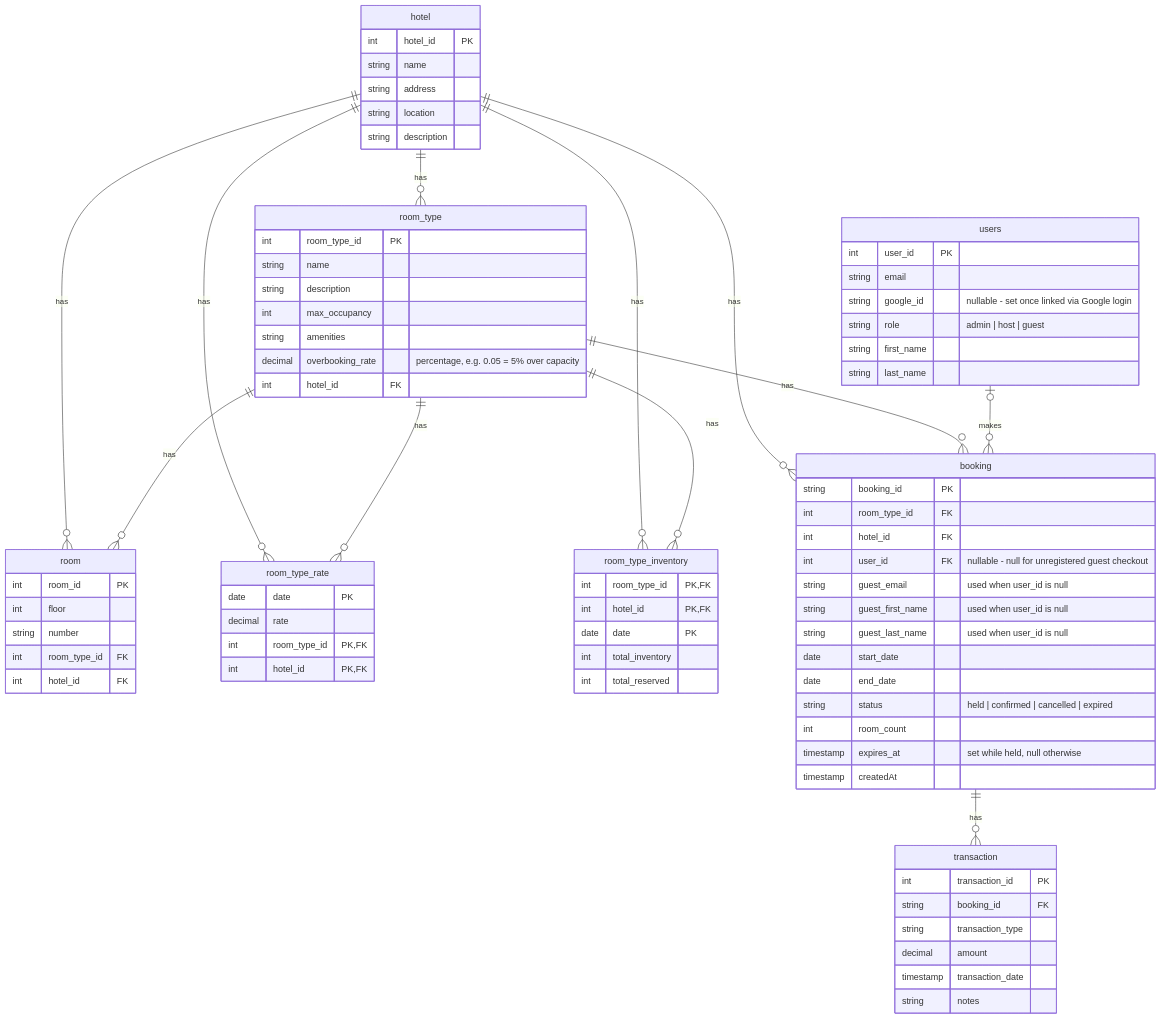
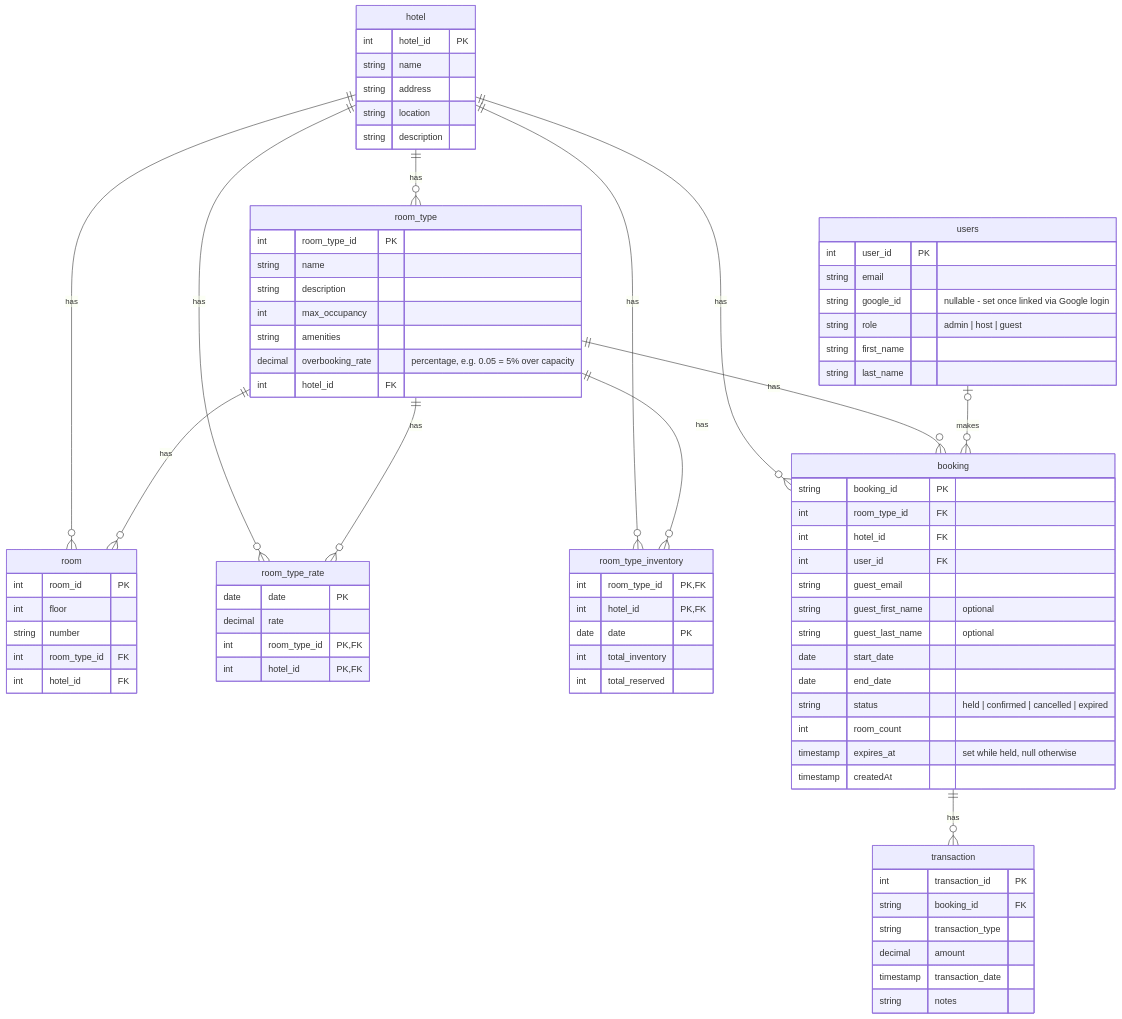
The diagram in docs/architecture/data-models.md (dreiv/booking), drawn with Mermaid before and after one commit. The commit also changed other lines of this file and 16 other files, not shown here.

```diff
--- a/docs/architecture/data-models.md
+++ b/docs/architecture/data-models.md
@@ -58,10 +58,10 @@
         string booking_id PK
         int room_type_id FK
         int hotel_id FK
-        int user_id FK "nullable - null for unregistered guest checkout"
-        string guest_email "used when user_id is null"
-        string guest_first_name "used when user_id is null"
-        string guest_last_name "used when user_id is null"
+        int user_id FK
+        string guest_email
+        string guest_first_name "optional"
+        string guest_last_name "optional"
         date start_date
         date end_date
         string status "held | confirmed | cancelled | expired"
```
